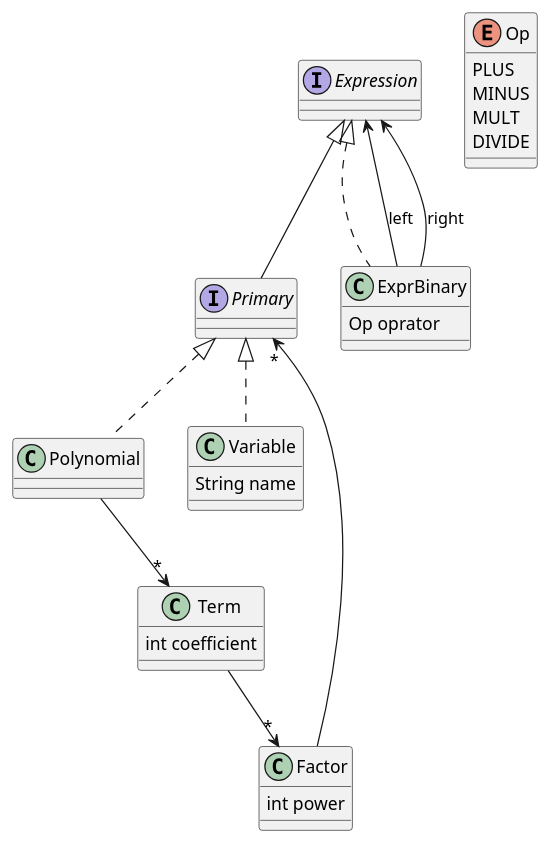
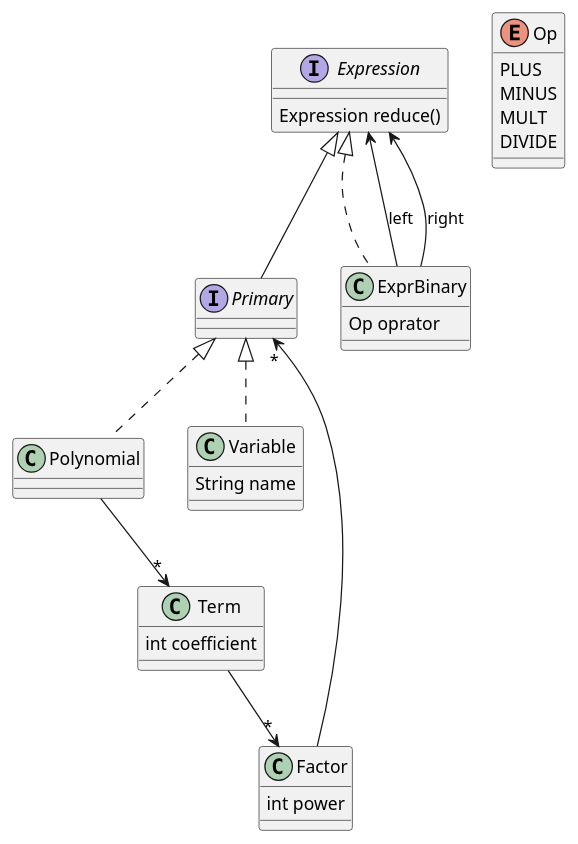
The diagram in doc/classes.plantuml (saka1029/form), drawn with PlantUML before and after one commit.

```diff
--- a/doc/classes.plantuml
+++ b/doc/classes.plantuml
@@ -1,32 +1,34 @@
 @startuml form
-interface Expression
+interface Expression {
+    Expression reduce()
+}
 enum Op {
     PLUS
     MINUS
     MULT
     DIVIDE
 }
 class ExprBinary {
     Op oprator
 }
 interface Primary
 class Polynomial
 class Term {
     int coefficient
 }
 class Factor {
     int power
 }
 class Variable {
     String name
 }
 ExprBinary .up.|> Expression
 Primary -up-|> Expression
 Polynomial .up.|> Primary
 Variable .up.|> Primary
 ExprBinary --> Expression : left
 ExprBinary --> Expression : right
 Polynomial --> "*" Term
 Term --> "*" Factor
 Factor -->  "*"Primary
 @enduml
```
